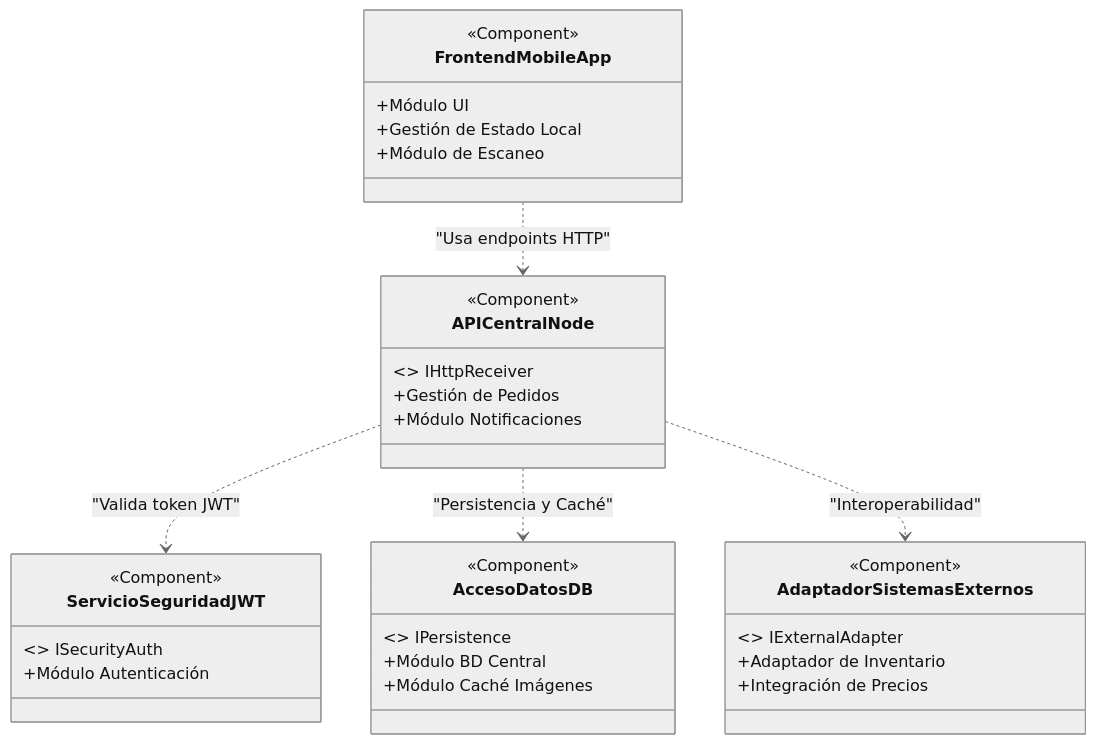
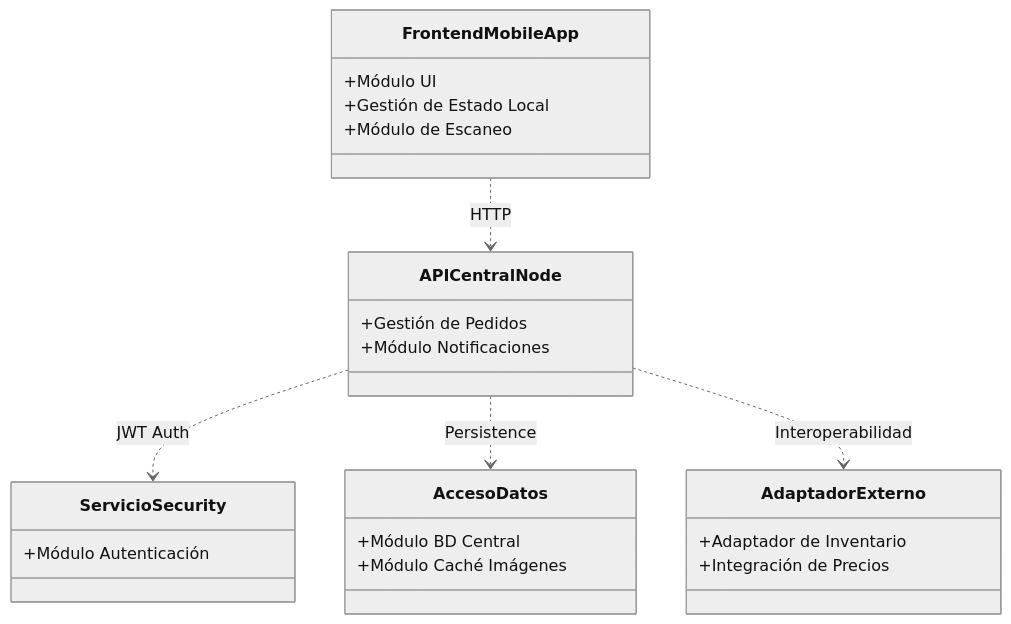
One commit to Ecfastin/Zurtia-project changed the second of 3 diagrams in DiseñoArquitectonico.md. Above: the diagram before and after it, drawn with Mermaid (neutral theme). The commit also changed other lines of this file, not shown here.

````diff
--- a/DiseñoArquitectonico.md
+++ b/DiseñoArquitectonico.md
@@ -98,41 +89,28 @@
 ```mermaid
 classDiagram
     class FrontendMobileApp {
-        <<Component>>
         +Módulo UI
         +Gestión de Estado Local
         +Módulo de Escaneo
     }
-
     class APICentralNode {
-        <<Component>>
-        <<Interface>> IHttpReceiver
         +Gestión de Pedidos
         +Módulo Notificaciones
     }
-
-    class ServicioSeguridadJWT {
-        <<Component>>
-        <<Interface>> ISecurityAuth
+    class ServicioSecurity {
         +Módulo Autenticación
     }
-
-    class AccesoDatosDB {
-        <<Component>>
-        <<Interface>> IPersistence
+    class AccesoDatos {
         +Módulo BD Central
         +Módulo Caché Imágenes
     }
-
-    class AdaptadorSistemasExternos {
-        <<Component>>
-        <<Interface>> IExternalAdapter
+    class AdaptadorExterno {
         +Adaptador de Inventario
         +Integración de Precios
     }
 
-    FrontendMobileApp ..> APICentralNode : "Usa endpoints HTTP"
-    APICentralNode ..> ServicioSeguridadJWT : "Valida token JWT"
-    APICentralNode ..> AccesoDatosDB : "Persistencia y Caché"
-    APICentralNode ..> AdaptadorSistemasExternos : "Interoperabilidad"
+    FrontendMobileApp ..> APICentralNode : HTTP
+    APICentralNode ..> ServicioSecurity : JWT Auth
+    APICentralNode ..> AccesoDatos : Persistence
+    APICentralNode ..> AdaptadorExterno : Interoperabilidad
 ```
````
